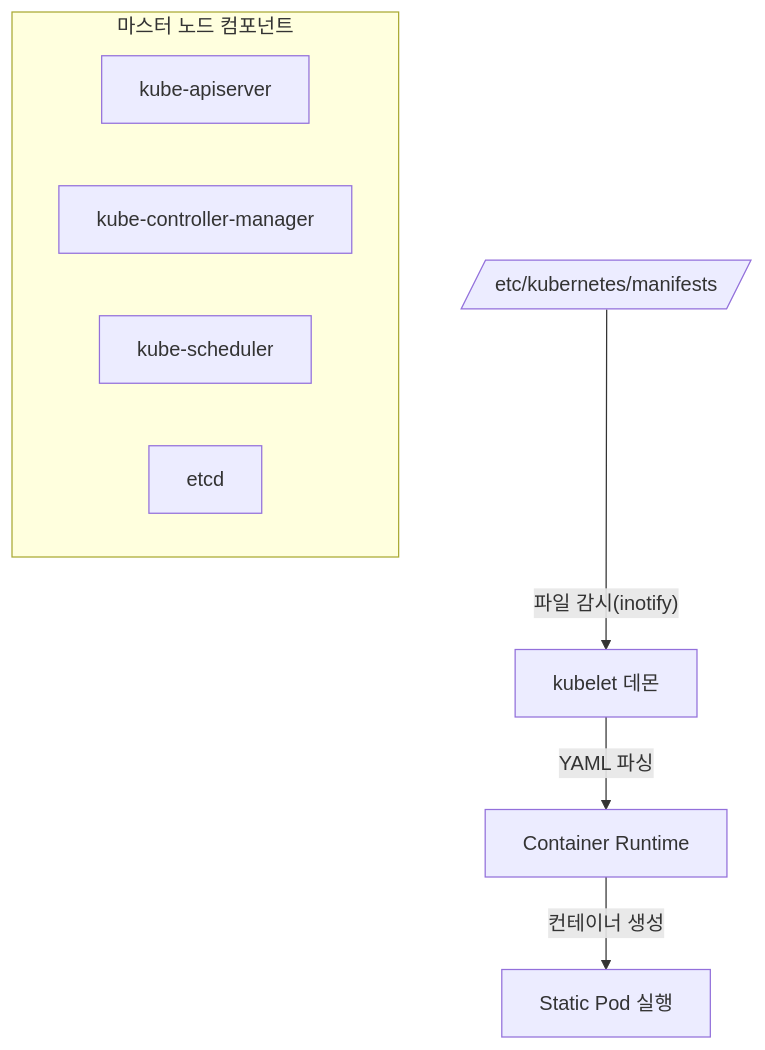
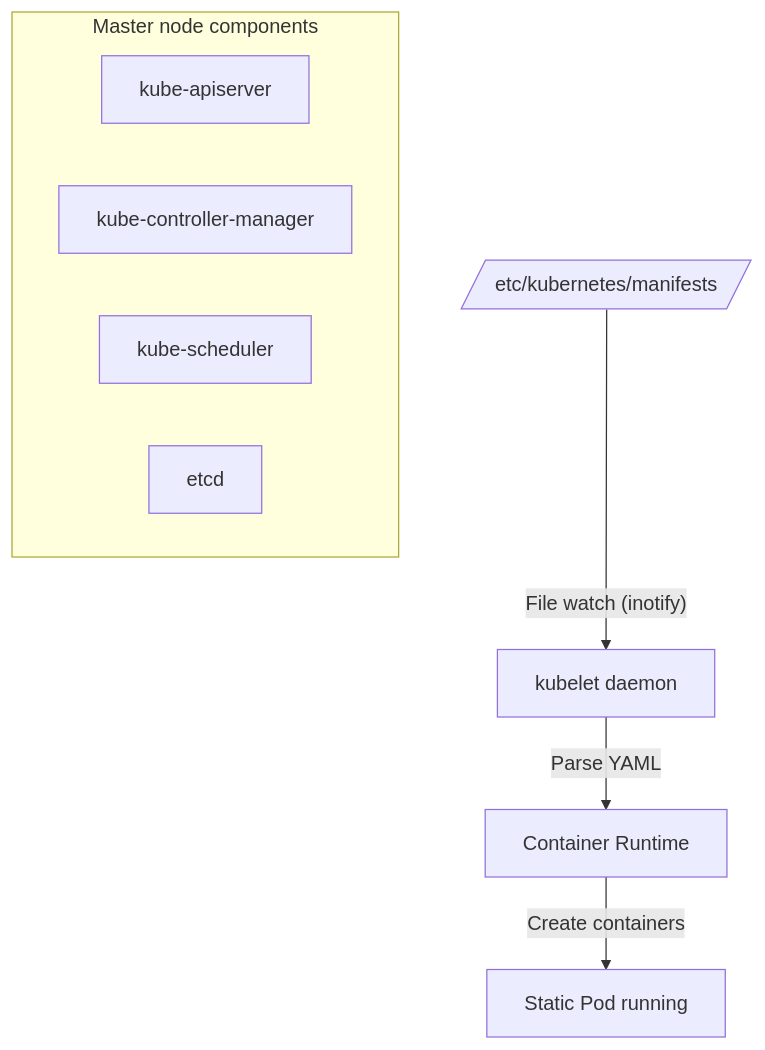
The diagram in content/security/03-operation/25-static-pod-auth-config.md (jeonck/k8s-adv), drawn with Mermaid before and after one commit. The commit also changed other lines of this file and 223 other files, not shown here.

````diff
--- a/content/security/03-operation/25-static-pod-auth-config.md
+++ b/content/security/03-operation/25-static-pod-auth-config.md
@@ -32,13 +32,13 @@
 ```mermaid
 flowchart TD
-    Dir[/etc/kubernetes/manifests/] -- "파일 감시(inotify)" --> Kubelet[kubelet 데몬]
-    Kubelet -- "YAML 파싱" --> Runtime[Container Runtime]
-    Runtime -- "컨테이너 생성" --> Pod[Static Pod 실행]
+    Dir[/etc/kubernetes/manifests/] -- "File watch (inotify)" --> Kubelet[kubelet daemon]
+    Kubelet -- "Parse YAML" --> Runtime[Container Runtime]
+    Runtime -- "Create containers" --> Pod[Static Pod running]
     
-    subgraph ControlPlane[마스터 노드 컴포넌트]
+    subgraph ControlPlane["Master node components"]
     Pod1[kube-apiserver]
     Pod2[kube-controller-manager]
     Pod3[kube-scheduler]
     Pod4[etcd]
     end
 ```
````
